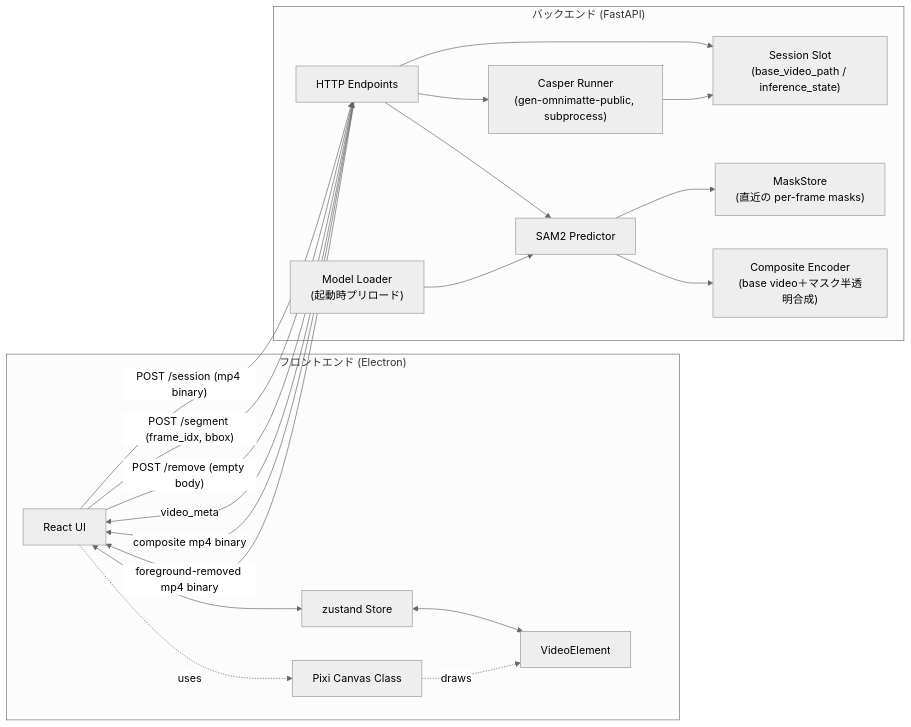
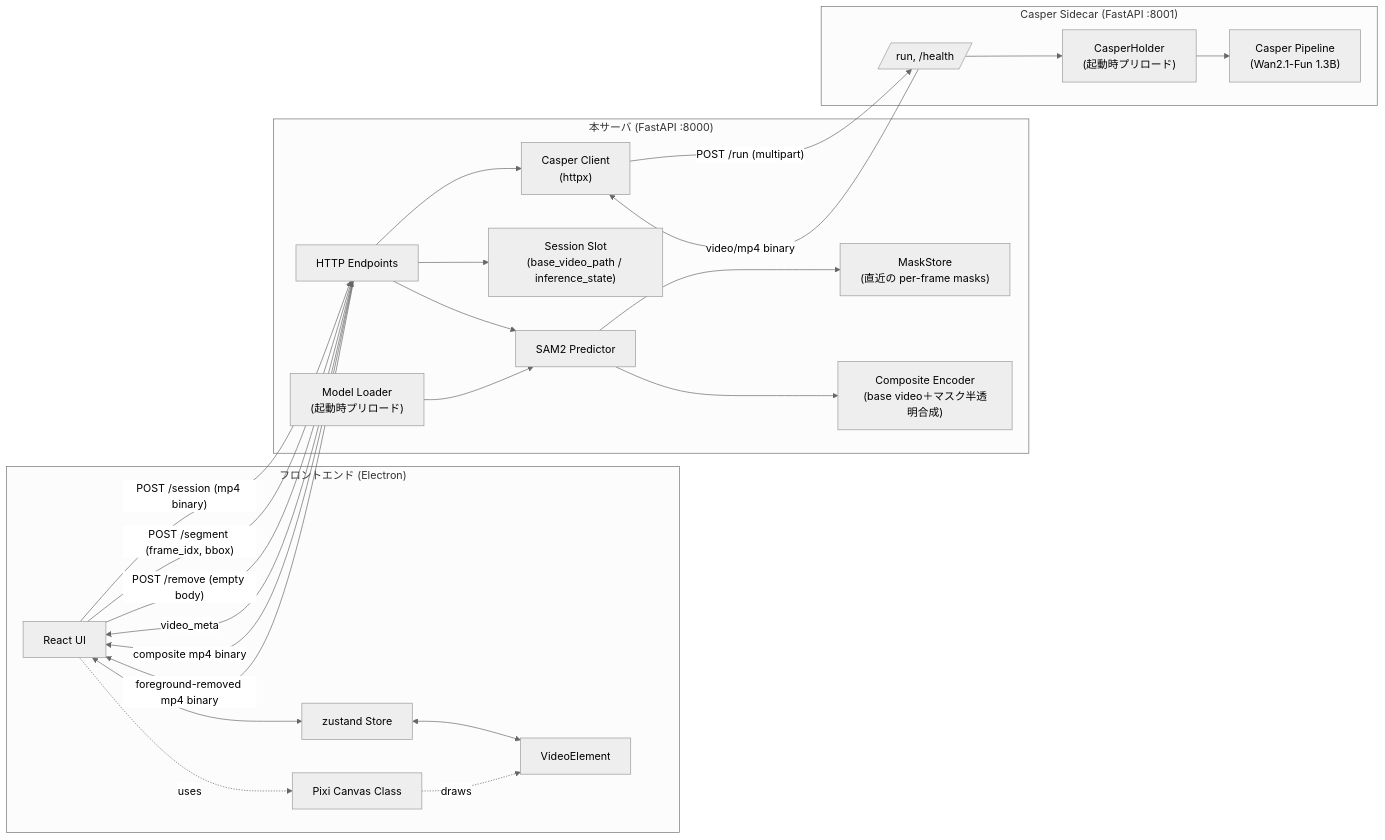
The first of 2 diagrams in docs/spec/02-architecture.md (kanosawa/omnimatte-editor), drawn with Mermaid (neutral theme) before and after one commit. The commit also changed other lines of this file and 20 other files, not shown here.

````diff
--- a/docs/spec/02-architecture.md
+++ b/docs/spec/02-architecture.md
@@ -5,37 +5,47 @@
 ```mermaid
 flowchart LR
     subgraph FE["フロントエンド (Electron)"]
         UI[React UI]
         Store[zustand Store]
         VE[VideoElement]
         Canvas[Pixi Canvas Class]
         UI <--> Store
         Store <--> VE
         UI -.uses.-> Canvas
         Canvas -.draws.-> VE
     end
 
-    subgraph BE["バックエンド (FastAPI)"]
+    subgraph BE["本サーバ (FastAPI :8000)"]
         API[HTTP Endpoints]
         Loader["Model Loader<br/>(起動時プリロード)"]
         Pred[SAM2 Predictor]
         Sess["Session Slot<br/>(base_video_path / inference_state)"]
         MStore["MaskStore<br/>(直近の per-frame masks)"]
         Enc["Composite Encoder<br/>(base video＋マスク半透明合成)"]
-        Casper["Casper Runner<br/>(gen-omnimatte-public, subprocess)"]
+        CClient["Casper Client<br/>(httpx)"]
         API --> Sess
         API --> Pred
         Loader --> Pred
         Pred --> Enc
         Pred --> MStore
-        API --> Casper
-        Casper --> Sess
+        API --> CClient
     end
+
+    subgraph SIDE["Casper Sidecar (FastAPI :8001)"]
+        SideAPI[/run, /health/]
+        CHolder["CasperHolder<br/>(起動時プリロード)"]
+        CPipe["Casper Pipeline<br/>(Wan2.1-Fun 1.3B)"]
+        CHolder --> CPipe
+        SideAPI --> CHolder
+    end
+
+    CClient -- "POST /run (multipart)" --> SideAPI
+    SideAPI -- "video/mp4 binary" --> CClient
 
     UI -- "POST /session (mp4 binary)" --> API
     API -- "video_meta" --> UI
     UI -- "POST /segment (frame_idx, bbox)" --> API
     API -- "composite mp4 binary" --> UI
     UI -- "POST /remove (empty body)" --> API
     API -- "foreground-removed mp4 binary" --> UI
 ```
````
